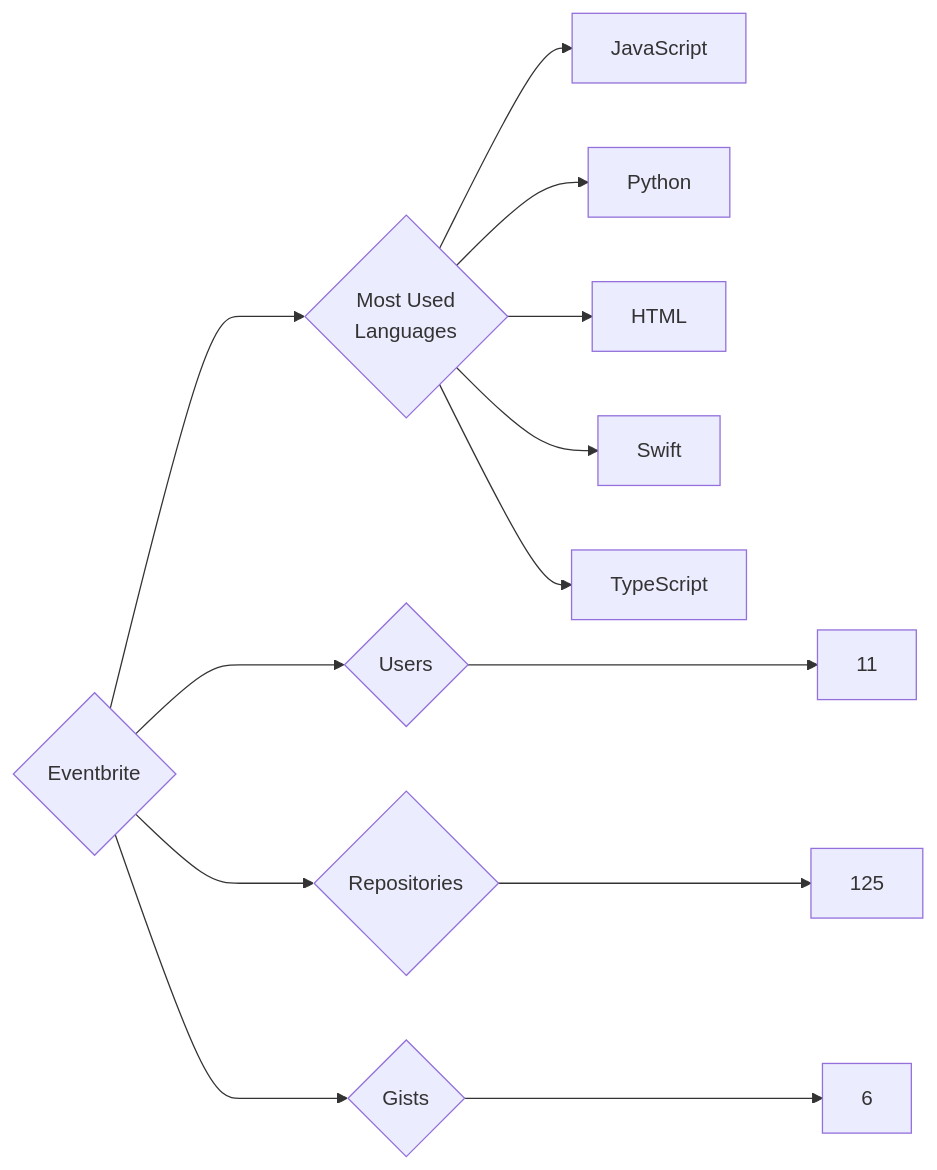
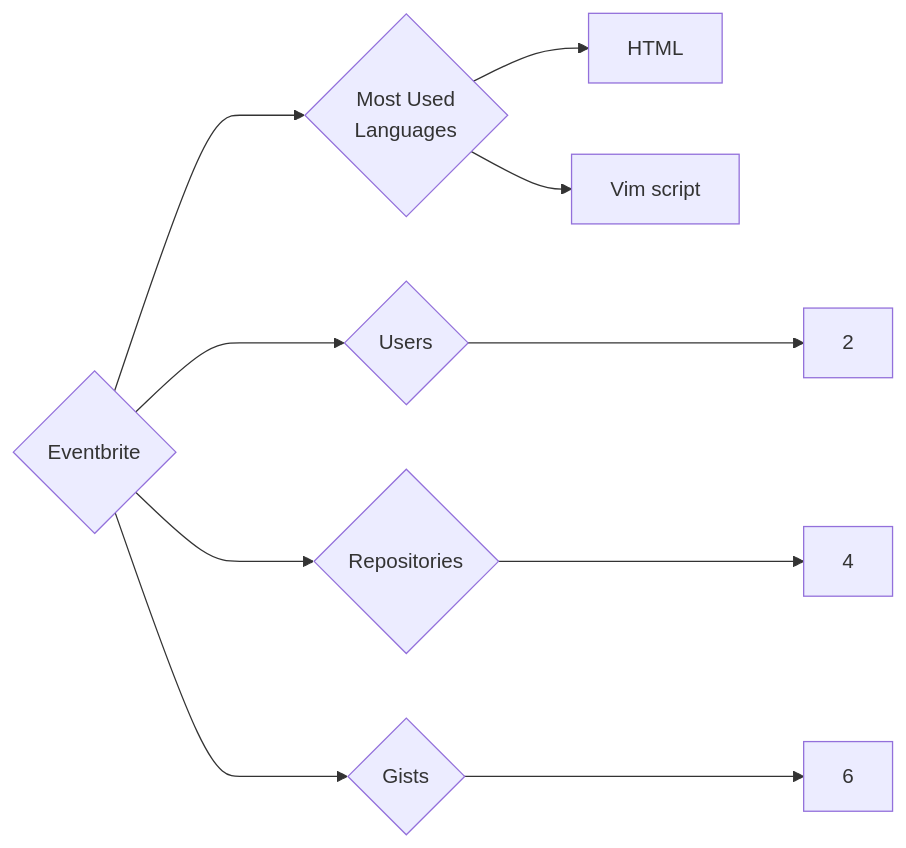
Before and after one commit to trickest/insiders: the diagram in targets/Eventbrite/README.md, drawn with Mermaid. The commit also changed 622 other files, not shown here.

````diff
--- a/targets/Eventbrite/README.md
+++ b/targets/Eventbrite/README.md
@@ -3,13 +3,10 @@
 ```mermaid
 graph LR
 COMPANY_NAME{Eventbrite}
-COMPANY_NAME ---> U{Users} ---> UN[11]
-COMPANY_NAME ---> R{Repositories} ---> RN[125]
+COMPANY_NAME ---> U{Users} ---> UN[2]
+COMPANY_NAME ---> R{Repositories} ---> RN[4]
 COMPANY_NAME ---> G{Gists} ---> GN[6]
 COMPANY_NAME ---> ML{Most Used<br>Languages}
-ML --> JavaScript[JavaScript]
-ML --> Python[Python]
 ML --> HTML[HTML]
-ML --> Swift[Swift]
-ML --> TypeScript[TypeScript]
+ML --> Vim_script[Vim script]
 ```
````
